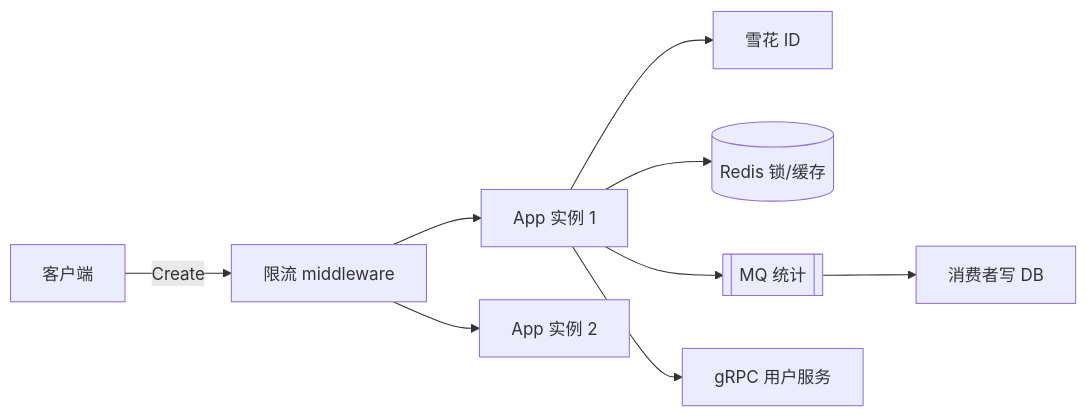
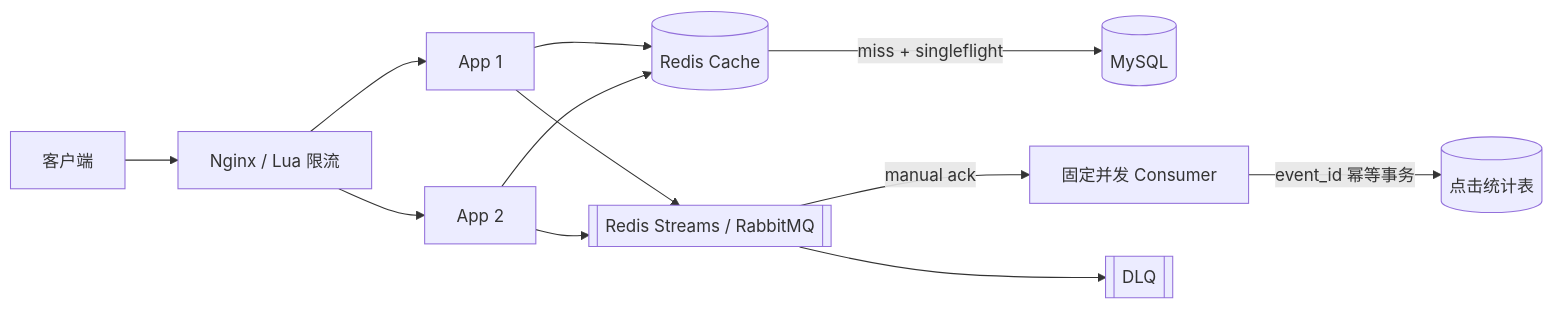
Before and after one commit to moqix26/study: the diagram in 后端学习/Go/14-分布式入门与高并发场景.md, drawn with Mermaid. The commit also changed other lines of this file and 49 other files, not shown here.

````diff
--- a/后端学习/Go/14-分布式入门与高并发场景.md
+++ b/后端学习/Go/14-分布式入门与高并发场景.md
@@ -78,11 +84,14 @@
 ```mermaid
 flowchart LR
-    Client[客户端] -->|Create| GW[限流 middleware]
-    GW --> App1[App 实例 1]
-    GW --> App2[App 实例 2]
-    App1 --> Snow[雪花 ID]
-    App1 --> Redis[(Redis 锁/缓存)]
-    App1 --> MQ[[MQ 统计]]
-    MQ --> Worker[消费者写 DB]
-    App1 --> UserSvc[gRPC 用户服务]
+    Client[客户端] --> Gateway[Nginx / Lua 限流]
+    Gateway --> App1[App 1]
+    Gateway --> App2[App 2]
+    App1 --> Redis[(Redis Cache)]
+    App2 --> Redis
+    Redis -->|miss + singleflight| MySQL[(MySQL)]
+    App1 --> Stream[[Redis Streams / RabbitMQ]]
+    App2 --> Stream
+    Stream -->|manual ack| Worker[固定并发 Consumer]
+    Worker -->|event_id 幂等事务| Stats[(点击统计表)]
+    Stream --> DLQ[[DLQ]]
 ```
````
